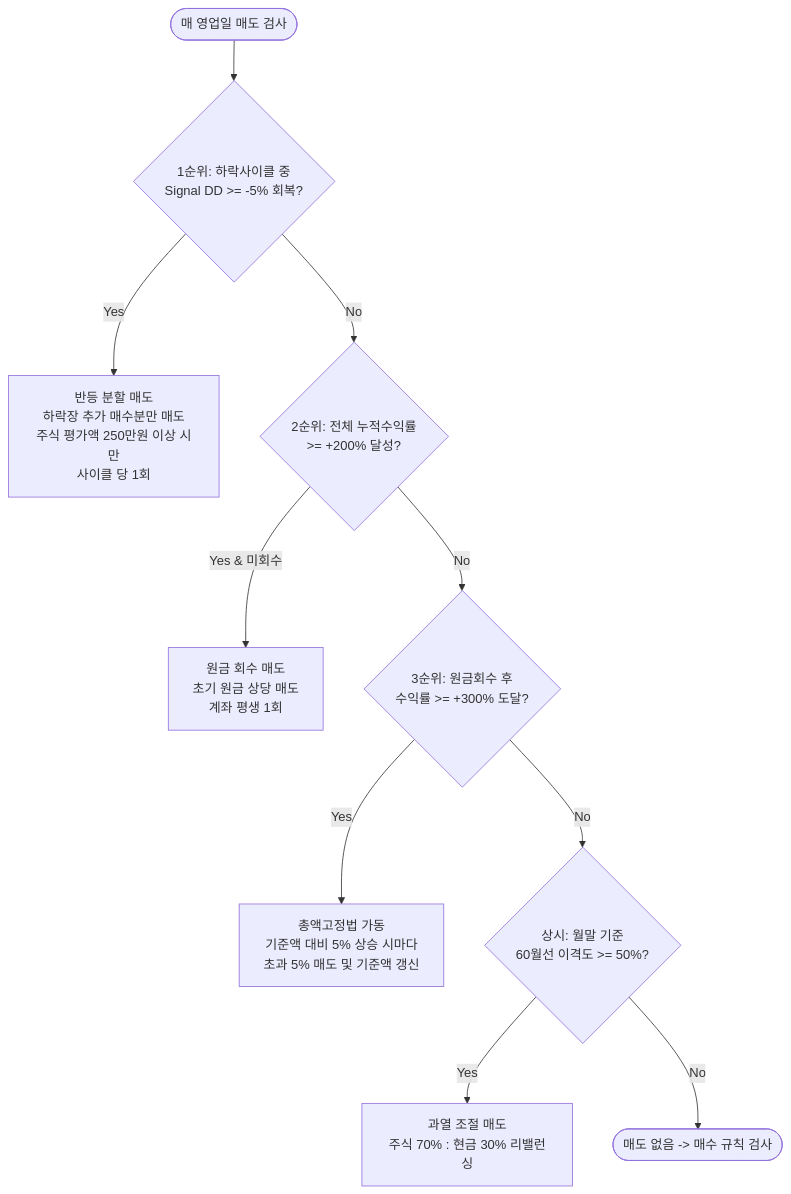
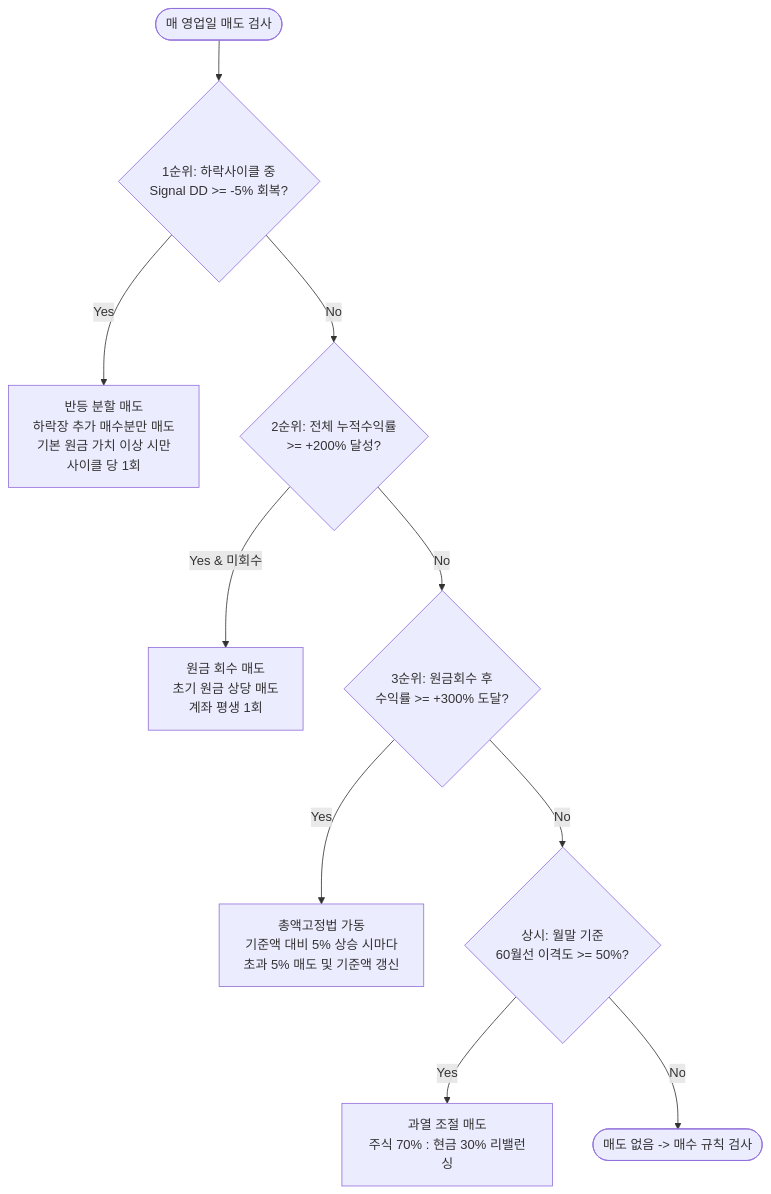
One commit to dokata823-gif/tqqq-quant-dashboard changed the second of 2 diagrams in qqq_tq_md.md. Above: the diagram before and after it, drawn with Mermaid. The commit also changed other lines of this file and 2 other files, not shown here.

````diff
--- a/qqq_tq_md.md
+++ b/qqq_tq_md.md
@@ -79,12 +81,12 @@
 ```mermaid
 flowchart TD
     Start([매 영업일 매도 검사]) --> C1{1순위: 하락사이클 중<br/>Signal DD >= -5% 회복?}
-    C1 -- Yes --> A1[반등 분할 매도<br/>하락장 추가 매수분만 매도<br/>주식 평가액 250만원 이상 시만<br/>사이클 당 1회]
+    C1 -- Yes --> A1[반등 분할 매도<br/>하락장 추가 매수분만 매도<br/>기본 원금 가치 이상 시만<br/>사이클 당 1회]
     C1 -- No --> C2{2순위: 전체 누적수익률<br/>>= +200% 달성?}
     C2 -- Yes & 미회수 --> A2[원금 회수 매도<br/>초기 원금 상당 매도<br/>계좌 평생 1회]
     C2 -- No --> C3{3순위: 원금회수 후<br/>수익률 >= +300% 도달?}
     C3 -- Yes --> A3[총액고정법 가동<br/>기준액 대비 5% 상승 시마다<br/>초과 5% 매도 및 기준액 갱신]
     C3 -- No --> C4{상시: 월말 기준<br/>60월선 이격도 >= 50%?}
     C4 -- Yes --> A4[과열 조절 매도<br/>주식 70% : 현금 30% 리밸런싱]
     C4 -- No --> End([매도 없음 -> 매수 규칙 검사])
 ```
````
